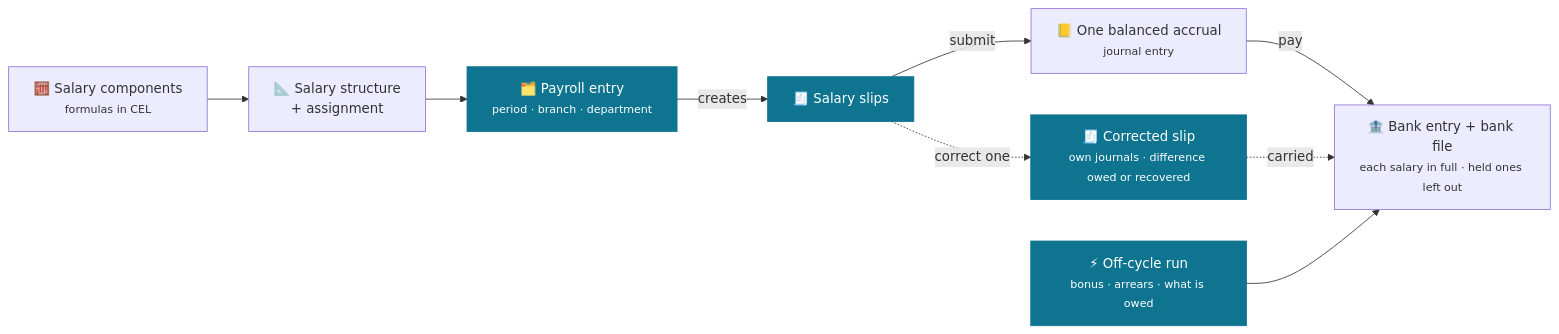
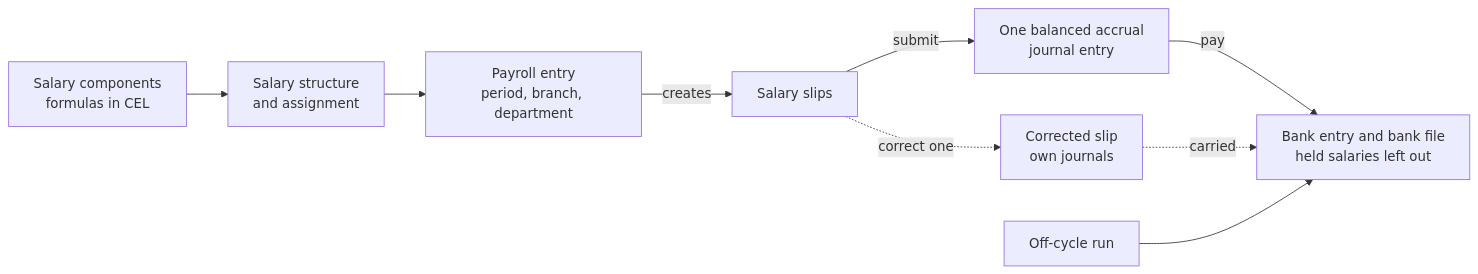
The first of 2 diagrams in README.md (CBFerrum/ferrum-app-hr), drawn with Mermaid before and after one commit. The commit also changed other lines of this file and 26 other files, not shown here.

First line of the commit message:
docs: end-to-end README with screenshots, features, comparison and roadmap

````diff
--- a/README.md
+++ b/README.md
@@ -101,13 +273,11 @@
 ```mermaid
 flowchart LR
-    SC["🧮 Salary components<br/><small>formulas in CEL</small>"] --> SS["📐 Salary structure<br/>+ assignment"]
-    SS --> PE["🗂️ Payroll entry<br/><small>period · branch · department</small>"]
-    PE -->|creates| SL["🧾 Salary slips"]
-    SL -->|submit| AC["📒 One balanced accrual<br/><small>journal entry</small>"]
-    AC -->|pay| BK["🏦 Bank entry + bank file<br/><small>each salary in full · held ones left out</small>"]
-    SL -.->|correct one| CS["🧾 Corrected slip<br/><small>own journals · difference owed or recovered</small>"]
-    CS -.->|carried| BK
-    OC["⚡ Off-cycle run<br/><small>bonus · arrears · what is owed</small>"] --> BK
-    classDef app fill:#0e7490,color:#fff,stroke:#0e7490
-    class PE,SL,CS,OC app
+    SC["Salary components<br/>formulas in CEL"] --> SS["Salary structure<br/>and assignment"]
+    SS --> PE["Payroll entry<br/>period, branch, department"]
+    PE -->|"creates"| SL["Salary slips"]
+    SL -->|"submit"| AC["One balanced accrual<br/>journal entry"]
+    AC -->|"pay"| BK["Bank entry and bank file<br/>held salaries left out"]
+    SL -.->|"correct one"| CS["Corrected slip<br/>own journals"]
+    CS -.->|"carried"| BK
+    OC["Off-cycle run"] --> BK
 ```
````
